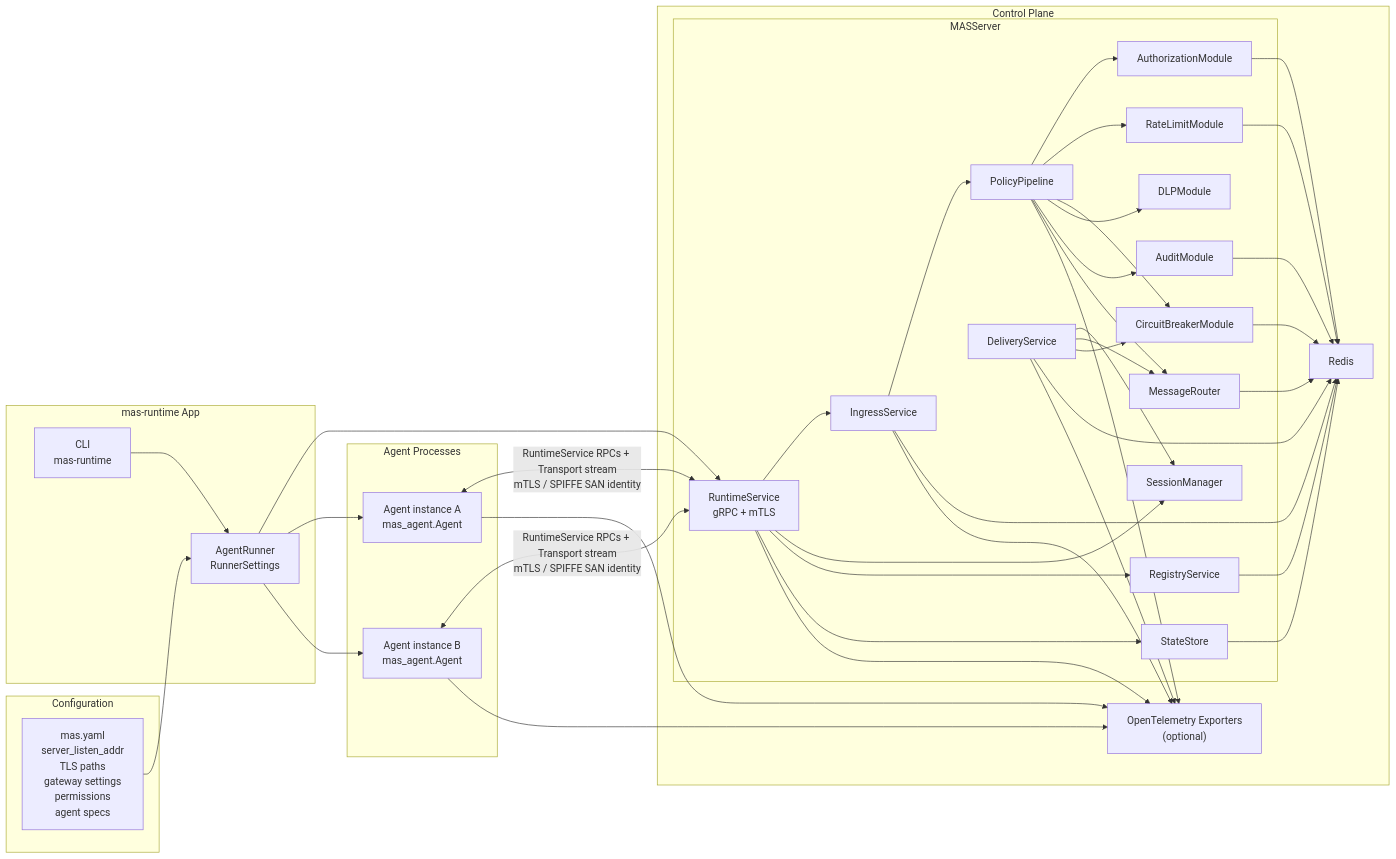
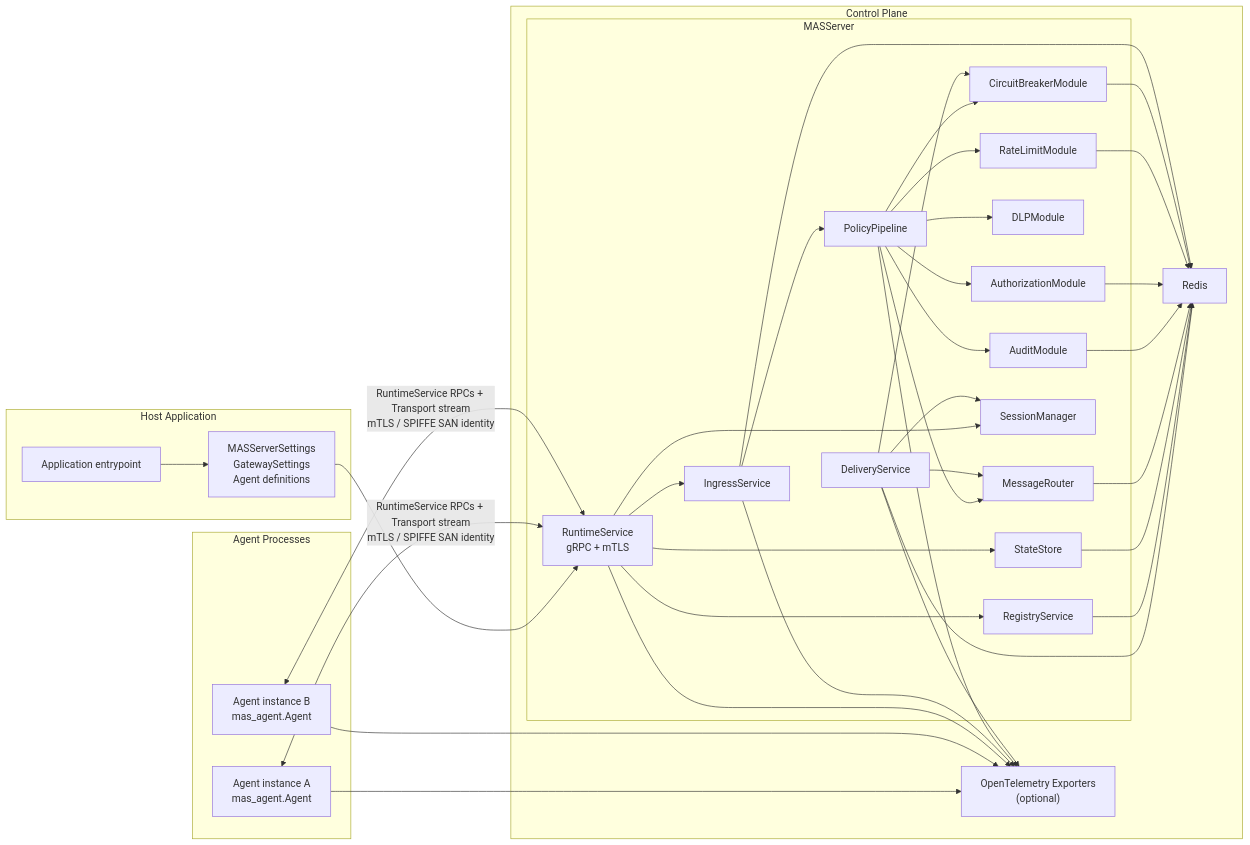
Before and after one commit to Vokality/mas-framework: the second of 4 diagrams in docs/architecture.md, drawn with Mermaid. The commit also changed other lines of this file and 52 other files, not shown here.

````diff
--- a/docs/architecture.md
+++ b/docs/architecture.md
@@ -41,80 +35,72 @@
 ```mermaid
 flowchart LR
-    subgraph app["mas-runtime App"]
-        cli["CLI<br/>mas-runtime"]
-        runner["AgentRunner<br/>RunnerSettings"]
-    end
-
-    subgraph config["Configuration"]
-        yaml["mas.yaml<br/>server_listen_addr<br/>TLS paths<br/>gateway settings<br/>permissions<br/>agent specs"]
+    subgraph host["Host Application"]
+        app["Application entrypoint"]
+        config["MASServerSettings<br/>GatewaySettings<br/>Agent definitions"]
     end
 
     subgraph control["Control Plane"]
         subgraph serverbox["MASServer"]
             grpc["RuntimeService<br/>gRPC + mTLS"]
             ingress["IngressService"]
             policy["PolicyPipeline"]
             authz["AuthorizationModule"]
             rate["RateLimitModule"]
             cb["CircuitBreakerModule"]
             dlp["DLPModule"]
             audit["AuditModule"]
             router["MessageRouter"]
             delivery["DeliveryService"]
             sessions["SessionManager"]
             registry["RegistryService"]
             state["StateStore"]
         end
 
         redis["Redis"]
         otel["OpenTelemetry Exporters<br/>(optional)"]
     end
 
     subgraph agentside["Agent Processes"]
         a1["Agent instance A<br/>mas_agent.Agent"]
         a2["Agent instance B<br/>mas_agent.Agent"]
     end
 
-    cli --> runner
-    yaml --> runner
-    runner --> grpc
-    runner --> a1
-    runner --> a2
-
+    app --> config
+    config --> grpc
     a1 <-->|"RuntimeService RPCs + Transport stream<br/>mTLS / SPIFFE SAN identity"| grpc
     a2 <-->|"RuntimeService RPCs + Transport stream<br/>mTLS / SPIFFE SAN identity"| grpc
 
     grpc --> ingress
     grpc --> sessions
     grpc --> registry
     grpc --> state
 
     ingress --> policy
     policy --> authz
     policy --> rate
     policy --> cb
     policy --> dlp
     policy --> audit
     policy --> router
 
     delivery --> sessions
     delivery --> router
     delivery --> cb
     delivery --> redis
 
     registry --> redis
     state --> redis
     router --> redis
     audit --> redis
     authz --> redis
     rate --> redis
     cb --> redis
     ingress --> redis
 
     grpc --> otel
     ingress --> otel
     policy --> otel
     delivery --> otel
     a1 --> otel
     a2 --> otel
 ```
````
